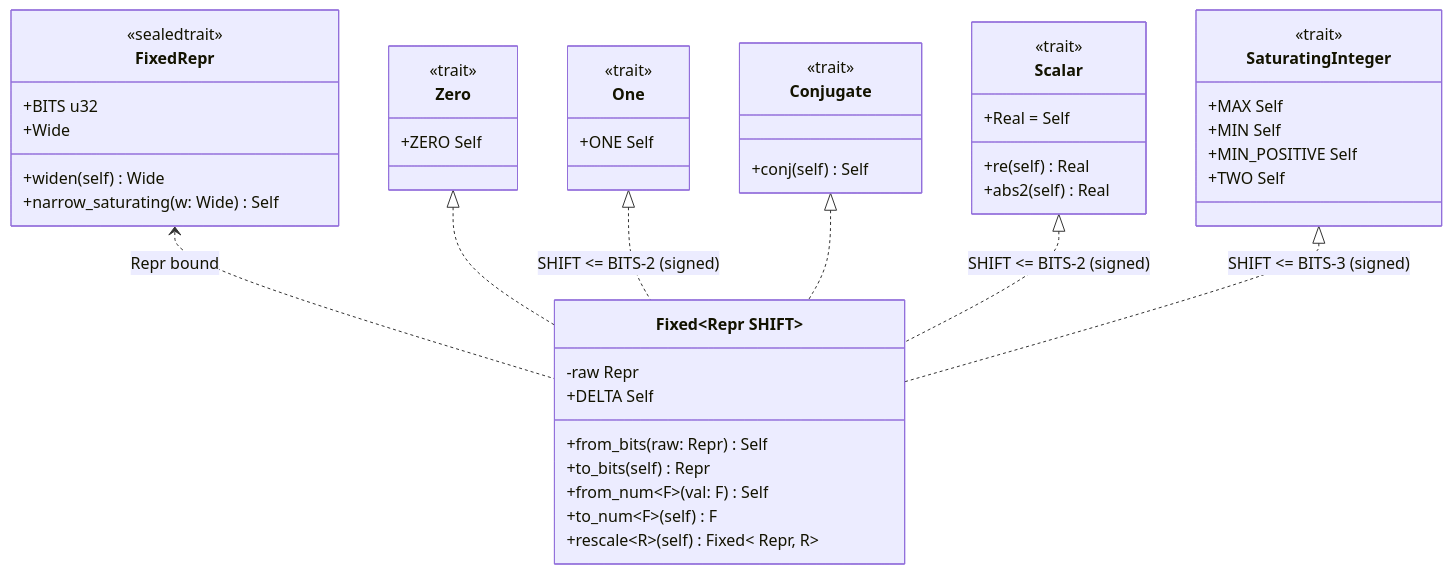
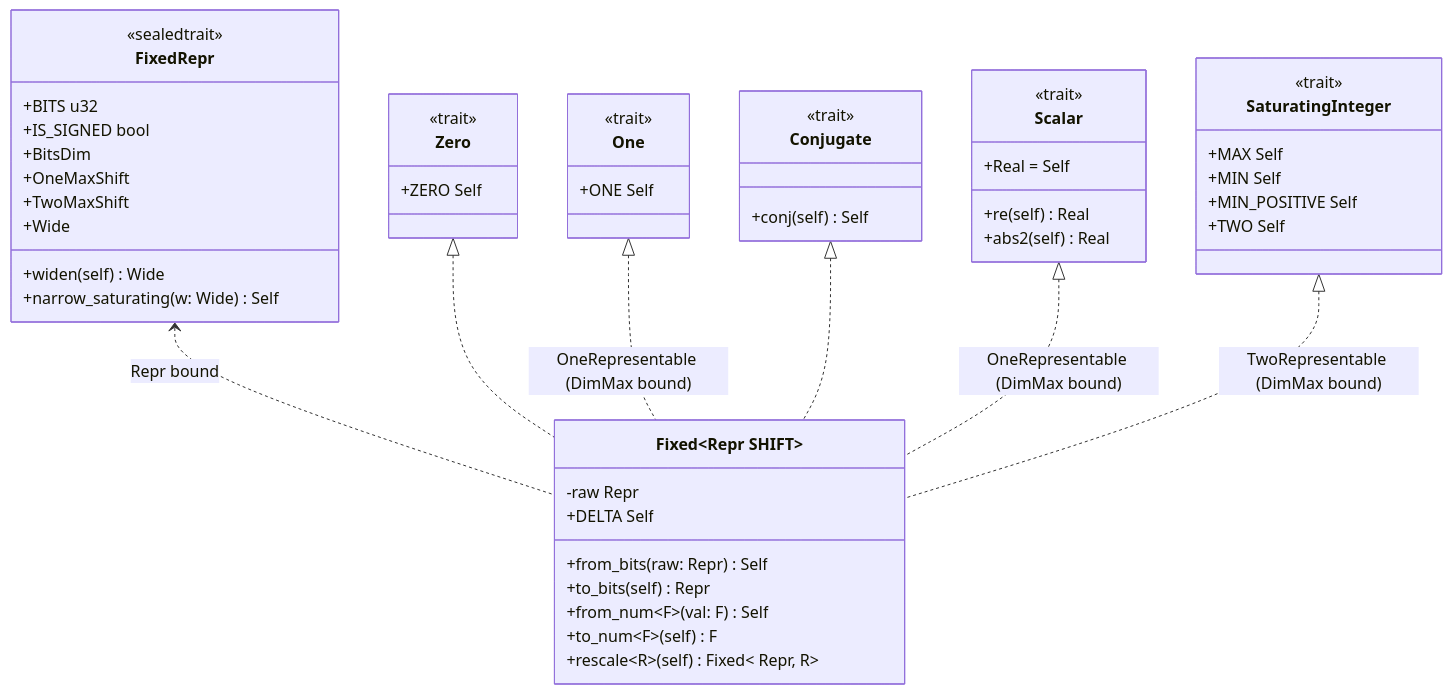
The first of 2 diagrams in documentation/math/fixed-num-design.md (Dyse-Industries/control-rs), drawn with Mermaid before and after one commit. The commit also changed other lines of this file and 79 other files, not shown here.

````diff
--- a/documentation/math/fixed-num-design.md
+++ b/documentation/math/fixed-num-design.md
@@ -106,59 +80,63 @@
 ```mermaid
 classDiagram
     direction TB
 
     class FixedRepr {
         <<sealedtrait>>
         +BITS u32
+        +IS_SIGNED bool
+        +BitsDim
+        +OneMaxShift
+        +TwoMaxShift
         +Wide
         +widen(self) Wide
         +narrow_saturating(w: Wide) Self
     }
 
     class Fixed~Repr SHIFT~ {
         -raw Repr
         +DELTA Self
         +from_bits(raw: Repr) Self
         +to_bits(self) Repr
         +from_num~F~(val: F) Self
         +to_num~F~(self) F
         +rescale~R~(self) Fixed~ Repr, R~
     }
 
     class Zero {
         <<trait>>
         +ZERO Self
     }
 
     class One {
         <<trait>>
         +ONE Self
     }
 
     class Conjugate {
         <<trait>>
         +conj(self) Self
     }
 
     class Scalar {
         <<trait>>
         +Real = Self
         +re(self) Real
         +abs2(self) Real
     }
 
     class SaturatingInteger {
         <<trait>>
         +MAX Self
         +MIN Self
         +MIN_POSITIVE Self
         +TWO Self
     }
 
     FixedRepr <.. Fixed: Repr bound
     Zero <|.. Fixed
-    One <|.. Fixed: SHIFT <= BITS-2 (signed)
+    One <|.. Fixed: OneRepresentable (DimMax bound)
     Conjugate <|.. Fixed
-    Scalar <|.. Fixed: SHIFT <= BITS-2 (signed)
-    SaturatingInteger <|.. Fixed: SHIFT <= BITS-3 (signed)
+    Scalar <|.. Fixed: OneRepresentable (DimMax bound)
+    SaturatingInteger <|.. Fixed: TwoRepresentable (DimMax bound)
 ```
````
